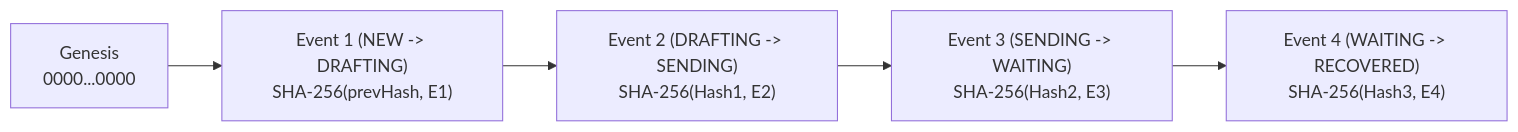
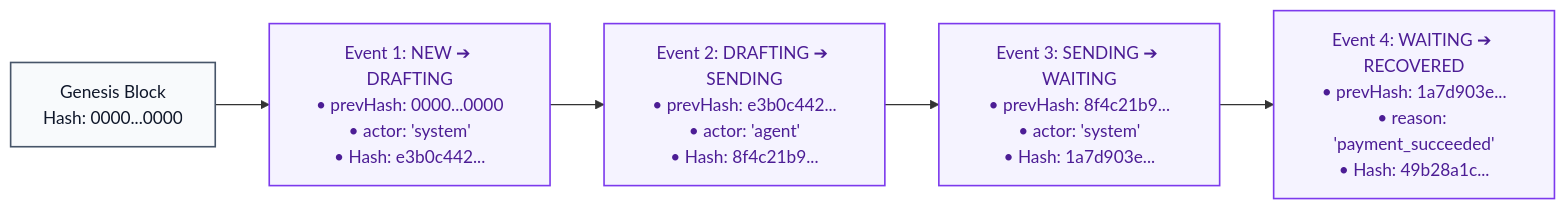
One commit to heysagnik/riko changed the ninth of 9 diagrams in HOW_IT_WORKS.md. Above: the diagram before and after it, drawn with Mermaid. The commit also changed other lines of this file and 1 other file, not shown here.

Commit message:
docs: update system architecture and data flow Mermaid diagrams in README.md and HOW_IT_WORKS.md

````diff
--- a/HOW_IT_WORKS.md
+++ b/HOW_IT_WORKS.md
@@ -253,7 +390,13 @@
 ```mermaid
 flowchart LR
-    G["Genesis\n0000...0000"] --> E1["Event 1 (NEW -> DRAFTING)\nSHA-256(prevHash, E1)"]
-    E1 --> E2["Event 2 (DRAFTING -> SENDING)\nSHA-256(Hash1, E2)"]
-    E2 --> E3["Event 3 (SENDING -> WAITING)\nSHA-256(Hash2, E3)"]
-    E3 --> E4["Event 4 (WAITING -> RECOVERED)\nSHA-256(Hash3, E4)"]
+    classDef genesis fill:#f8fafc,stroke:#475569,stroke-width:1.5px,color:#0f172a
+    classDef event fill:#f5f3ff,stroke:#7c3aed,stroke-width:1.5px,color:#4c1d95
+
+    G["Genesis Block\nHash: 0000...0000"]:::genesis --> E1["Event 1: NEW ➔ DRAFTING\n• prevHash: 0000...0000\n• actor: 'system'\n• Hash: e3b0c442..."]:::event
+    
+    E1 --> E2["Event 2: DRAFTING ➔ SENDING\n• prevHash: e3b0c442...\n• actor: 'agent'\n• Hash: 8f4c21b9..."]:::event
+    
+    E2 --> E3["Event 3: SENDING ➔ WAITING\n• prevHash: 8f4c21b9...\n• actor: 'system'\n• Hash: 1a7d903e..."]:::event
+    
+    E3 --> E4["Event 4: WAITING ➔ RECOVERED\n• prevHash: 1a7d903e...\n• reason: 'payment_succeeded'\n• Hash: 49b28a1c..."]:::event
 ```
````
